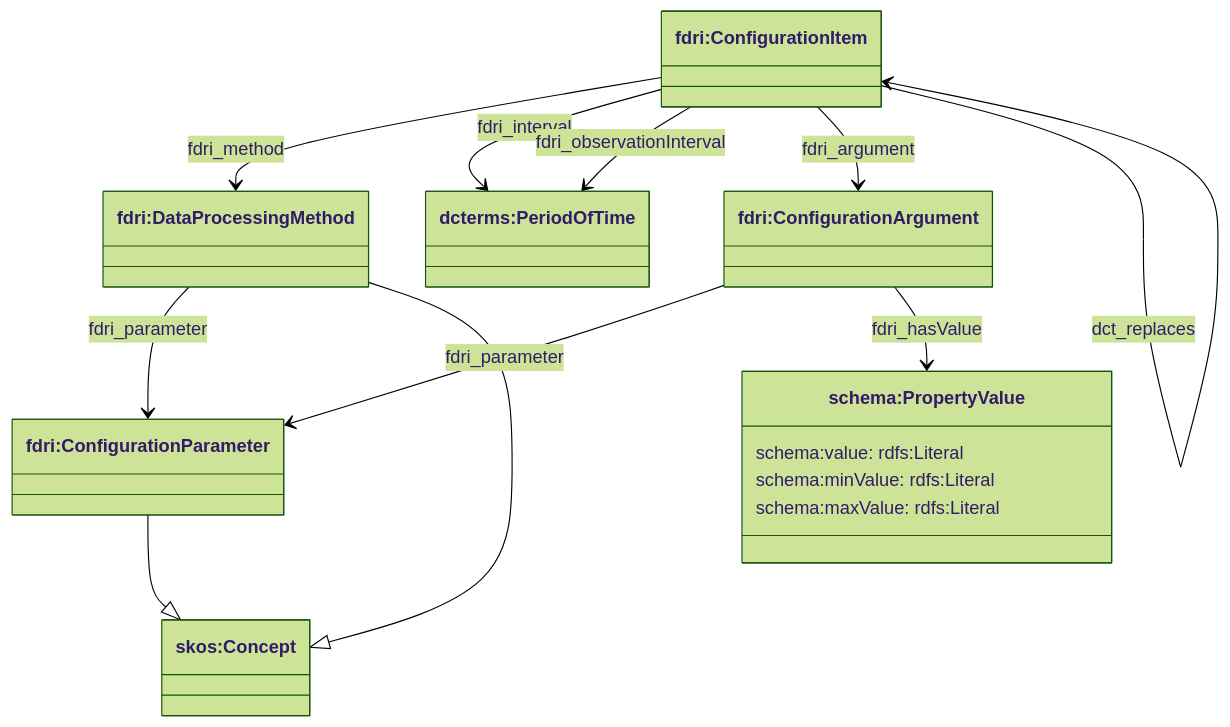
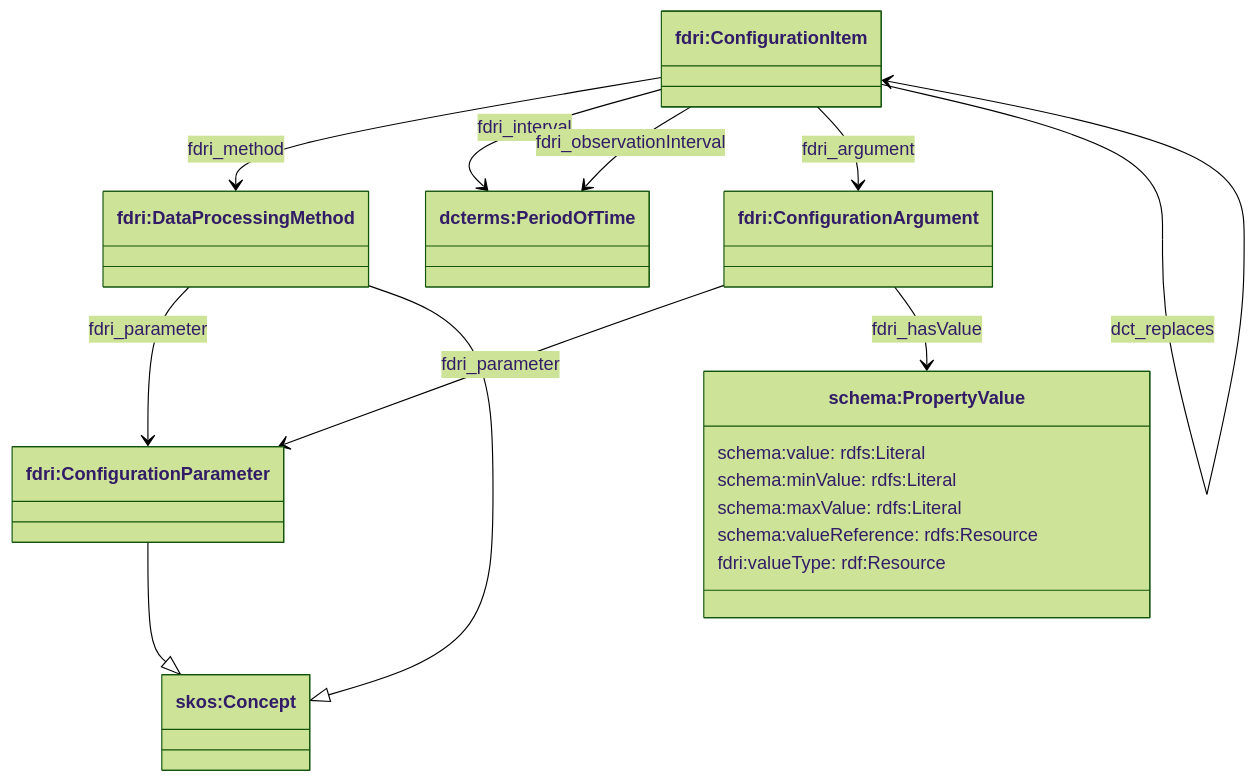
One commit to NERC-CEH/fdri-ontology changed the third of 4 diagrams in doc/data-processing-configurations.md. Above: the diagram before and after it, drawn with Mermaid (forest theme). The commit also changed other lines of this file, not shown here.

Commit message:
Document use of fdri:valueType on fdri:PropertyValue (#23)

````diff
--- a/doc/data-processing-configurations.md
+++ b/doc/data-processing-configurations.md
@@ -66,25 +66,27 @@
 ```mermaid
 classDiagram
   class PropertyValue["schema:PropertyValue"] {
     schema:value: rdfs:Literal
     schema:minValue: rdfs:Literal
     schema:maxValue: rdfs:Literal
+    schema:valueReference: rdfs:Resource
+    fdri:valueType: rdf:Resource
   }
   class ConfigurationItem["fdri:ConfigurationItem"]
   class Param["fdri:ConfigurationParameter"]
   class Period["dcterms:PeriodOfTime"]
   class Method["fdri:DataProcessingMethod"]
   class Arg["fdri:ConfigurationArgument"]
   class Concept["skos:Concept"]
 
   ConfigurationItem --> Method: fdri_method
   ConfigurationItem --> Period: fdri_interval
   ConfigurationItem --> Period: fdri_observationInterval
   ConfigurationItem --> Arg: fdri_argument
   Method --> Param: fdri_parameter
   Arg --> Param: fdri_parameter
   Arg --> PropertyValue: fdri_hasValue
   ConfigurationItem --> ConfigurationItem: dct_replaces
   Method --|> Concept
   Param --|> Concept
 ```
````
